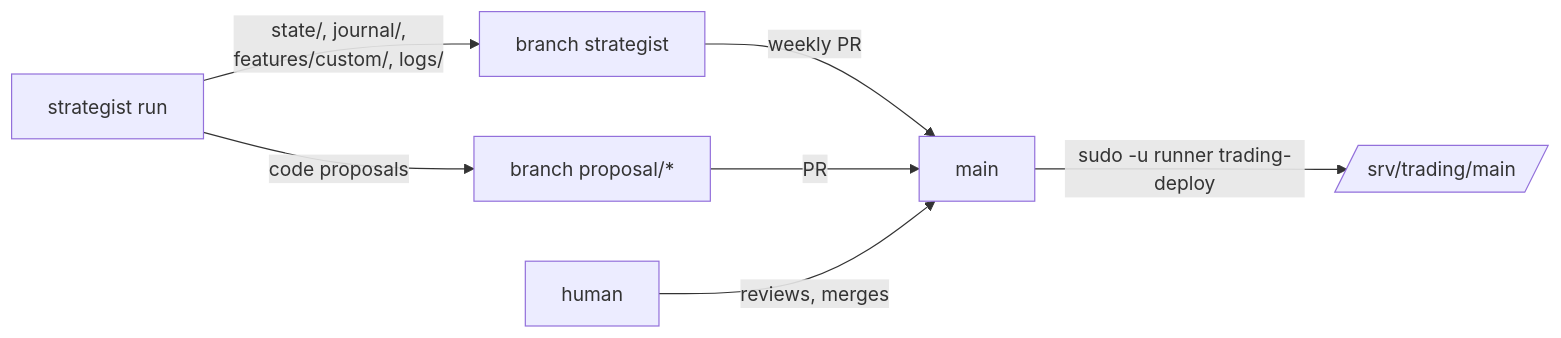
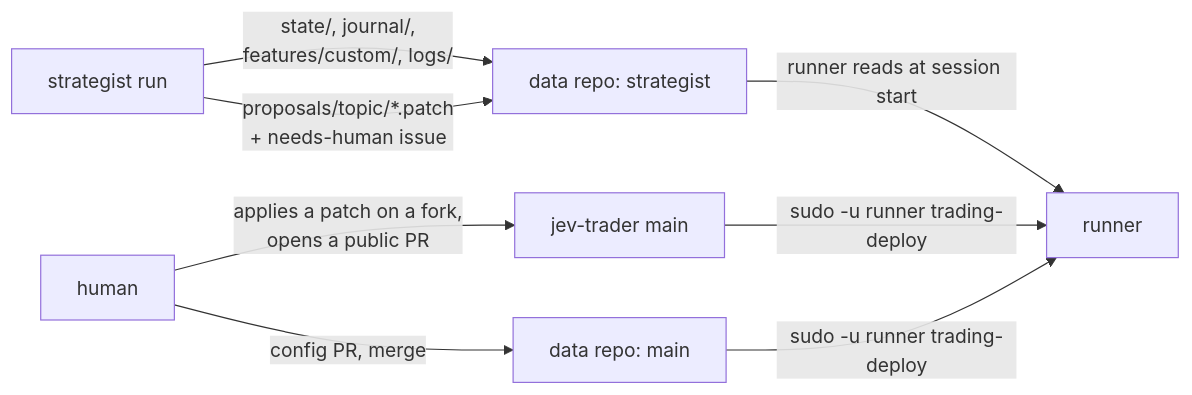
Before and after one commit to gilesknap/jev-trader: the second of 2 diagrams in docs/explanations/architecture.md, drawn with Mermaid. The commit also changed other lines of this file and 44 other files, not shown here.

````diff
--- a/docs/explanations/architecture.md
+++ b/docs/explanations/architecture.md
@@ -81,9 +123,10 @@
 ```{mermaid}
 flowchart LR
-    S[strategist run] -->|state/, journal/,<br/>features/custom/, logs/| B[branch strategist]
-    S -->|code proposals| P[branch proposal/*]
-    B -->|weekly PR| Main[main]
-    P -->|PR| Main
-    H[human] -->|reviews, merges| Main
-    Main -->|"sudo -u runner trading-deploy"| Run[/srv/trading/main/]
+    S[strategist run] -->|state/, journal/,<br/>features/custom/, logs/| B[data repo: strategist]
+    S -->|"proposals/topic/*.patch<br/>+ needs-human issue"| B
+    B -->|runner reads at session start| Run[runner]
+    H[human] -->|"applies a patch on a fork,<br/>opens a public PR"| Code[jev-trader main]
+    H -->|config PR, merge| Cfg[data repo: main]
+    Code -->|"sudo -u runner trading-deploy"| Run
+    Cfg -->|"sudo -u runner trading-deploy"| Run
 ```
````
